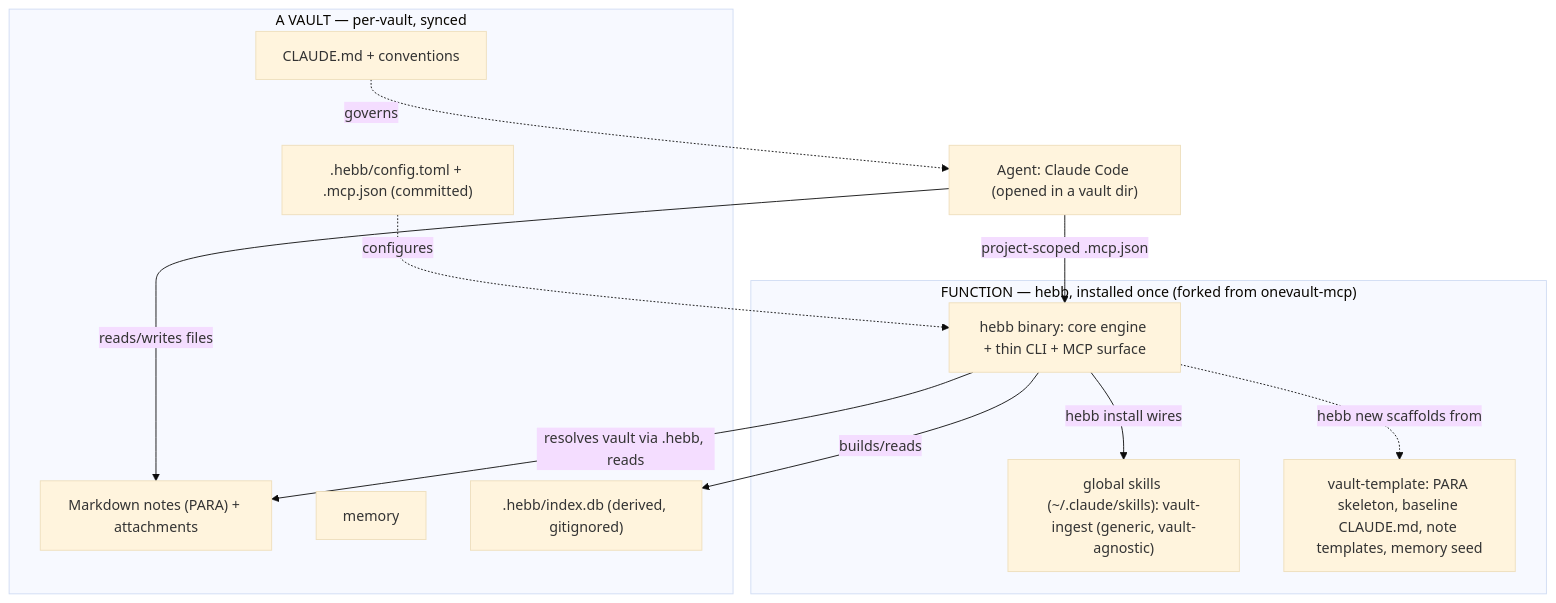
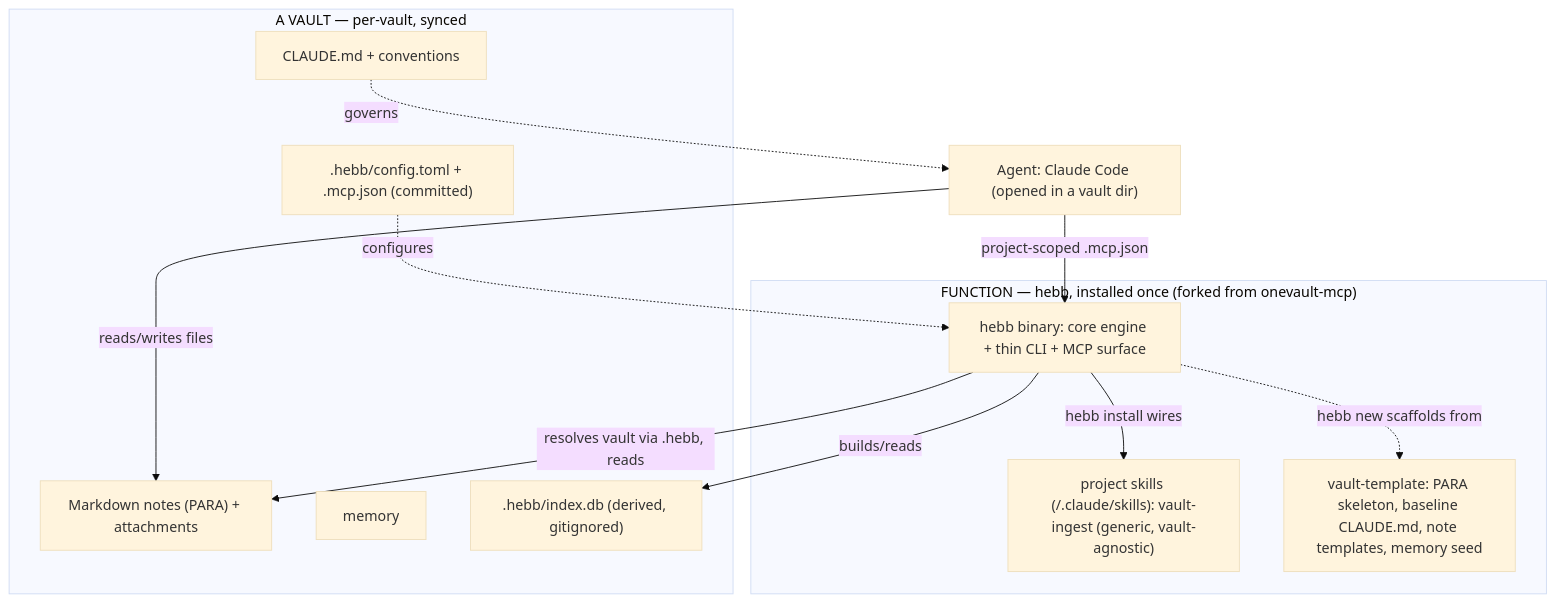
Before and after one commit to cizer/hebb: the diagram in ARCHITECTURE.md, drawn with Mermaid (base theme). The commit also changed other lines of this file and 8 other files, not shown here.

First line of the commit message:
feat: project-scoped skills (per-vault, not global ~/.claude/skills)

````diff
--- a/ARCHITECTURE.md
+++ b/ARCHITECTURE.md
@@ -49,27 +49,27 @@
 ```mermaid
 flowchart TB
   AGENT["Agent: Claude Code (opened in a vault dir)"]
 
   subgraph SHARED["FUNCTION — hebb, installed once (forked from onevault-mcp)"]
     BIN["hebb binary: core engine + thin CLI + MCP surface"]
-    SK["global skills (~/.claude/skills): vault-ingest (generic, vault-agnostic)"]
+    SK["project skills (<vault>/.claude/skills): vault-ingest (generic, vault-agnostic)"]
     TPL["vault-template: PARA skeleton, baseline CLAUDE.md, note templates, memory seed"]
   end
 
   subgraph VAULT["A VAULT — per-vault, synced"]
     MD["Markdown notes (PARA) + attachments"]
     MEM["memory"]
     CONV["CLAUDE.md + conventions"]
     HCFG[".hebb/config.toml + .mcp.json (committed)"]
     IDX[".hebb/index.db (derived, gitignored)"]
   end
 
   AGENT -->|reads/writes files| MD
   AGENT -->|project-scoped .mcp.json| BIN
   BIN -->|resolves vault via .hebb, reads| MD
   BIN -->|builds/reads| IDX
   BIN -->|hebb install wires| SK
   BIN -.hebb new scaffolds from.-> TPL
   HCFG -.configures.-> BIN
   CONV -.governs.-> AGENT
 ```
````
